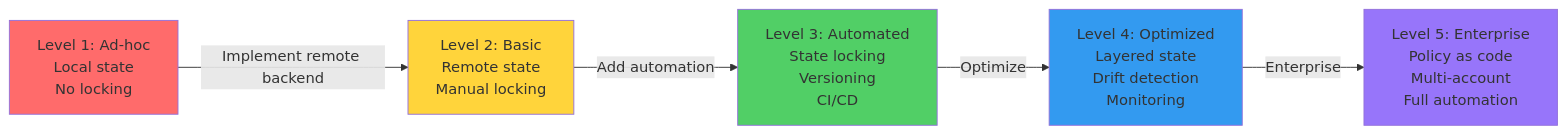
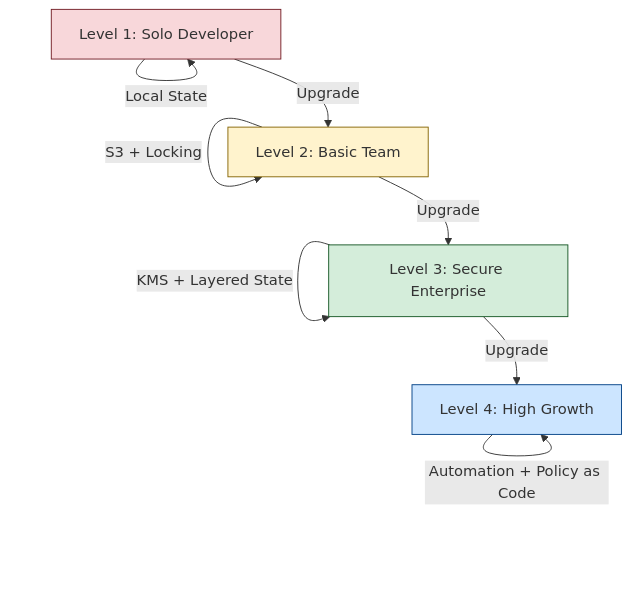
The diagram in 2-Intermediate/03-Terraform/03-State-Management/10-Best-Practices/State Best Practices.md (Ganil151/Devops), drawn with Mermaid before and after one commit. The commit also changed other lines of this file and 428 other files, not shown here.

````diff
--- a/2-Intermediate/03-Terraform/03-State-Management/10-Best-Practices/State Best Practices.md
+++ b/2-Intermediate/03-Terraform/03-State-Management/10-Best-Practices/State Best Practices.md
@@ -379,16 +9,15 @@
 ```mermaid
-graph LR
-    Level1[Level 1: Ad-hoc<br/>Local state<br/>No locking] -->|Implement remote backend| Level2[Level 2: Basic<br/>Remote state<br/>Manual locking]
+graph TD
+    Level1[Level 1: Solo Developer] -->|Local State| Level1
+    Level1 -->|Upgrade| Level2[Level 2: Basic Team]
+    Level2 -->|S3 + Locking| Level2
+    Level2 -->|Upgrade| Level3[Level 3: Secure Enterprise]
+    Level3 -->|KMS + Layered State| Level3
+    Level3 -->|Upgrade| Level4[Level 4: High Growth]
+    Level4 -->|Automation + Policy as Code| Level4
     
-    Level2 -->|Add automation| Level3[Level 3: Automated<br/>State locking<br/>Versioning<br/>CI/CD]
-    
-    Level3 -->|Optimize| Level4[Level 4: Optimized<br/>Layered state<br/>Drift detection<br/>Monitoring]
-    
-    Level4 -->|Enterprise| Level5[Level 5: Enterprise<br/>Policy as code<br/>Multi-account<br/>Full automation]
-    
-    style Level1 fill:#ff6b6b
-    style Level2 fill:#ffd43b
-    style Level3 fill:#51cf66
-    style Level4 fill:#339af0
-    style Level5 fill:#9775fa
+    style Level1 fill:#f8d7da,stroke:#721c24
+    style Level2 fill:#fff3cd,stroke:#856404
+    style Level3 fill:#d4edda,stroke:#155724
+    style Level4 fill:#cce5ff,stroke:#004085
 ```
````
